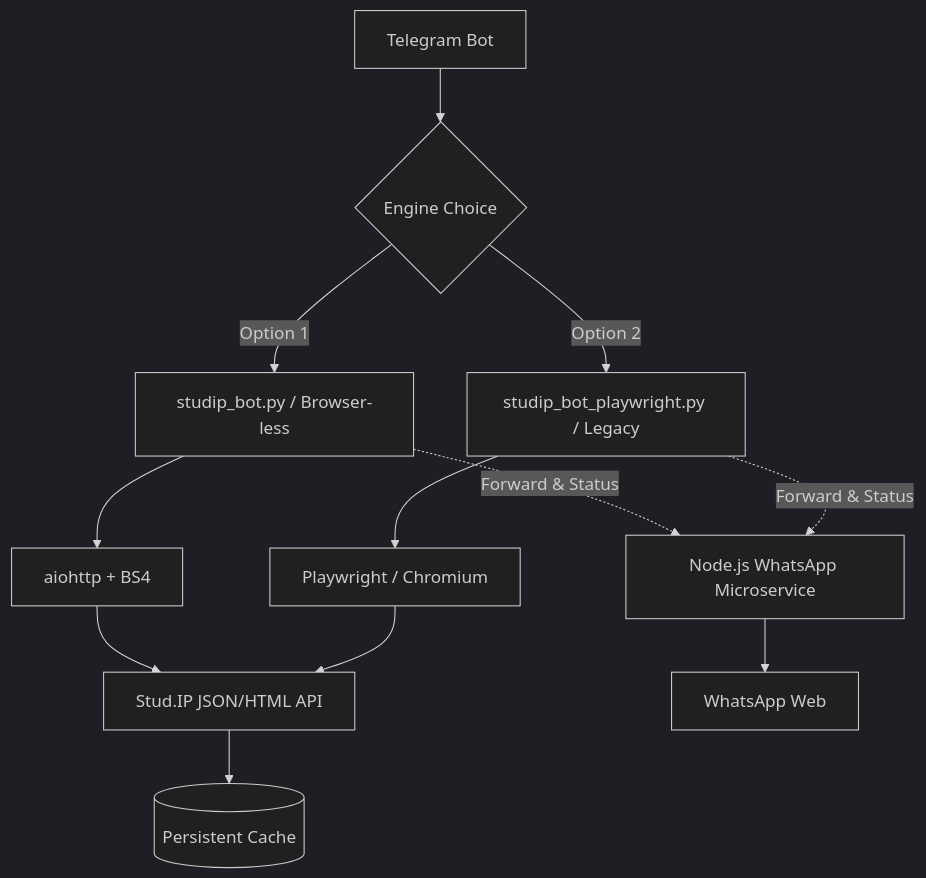
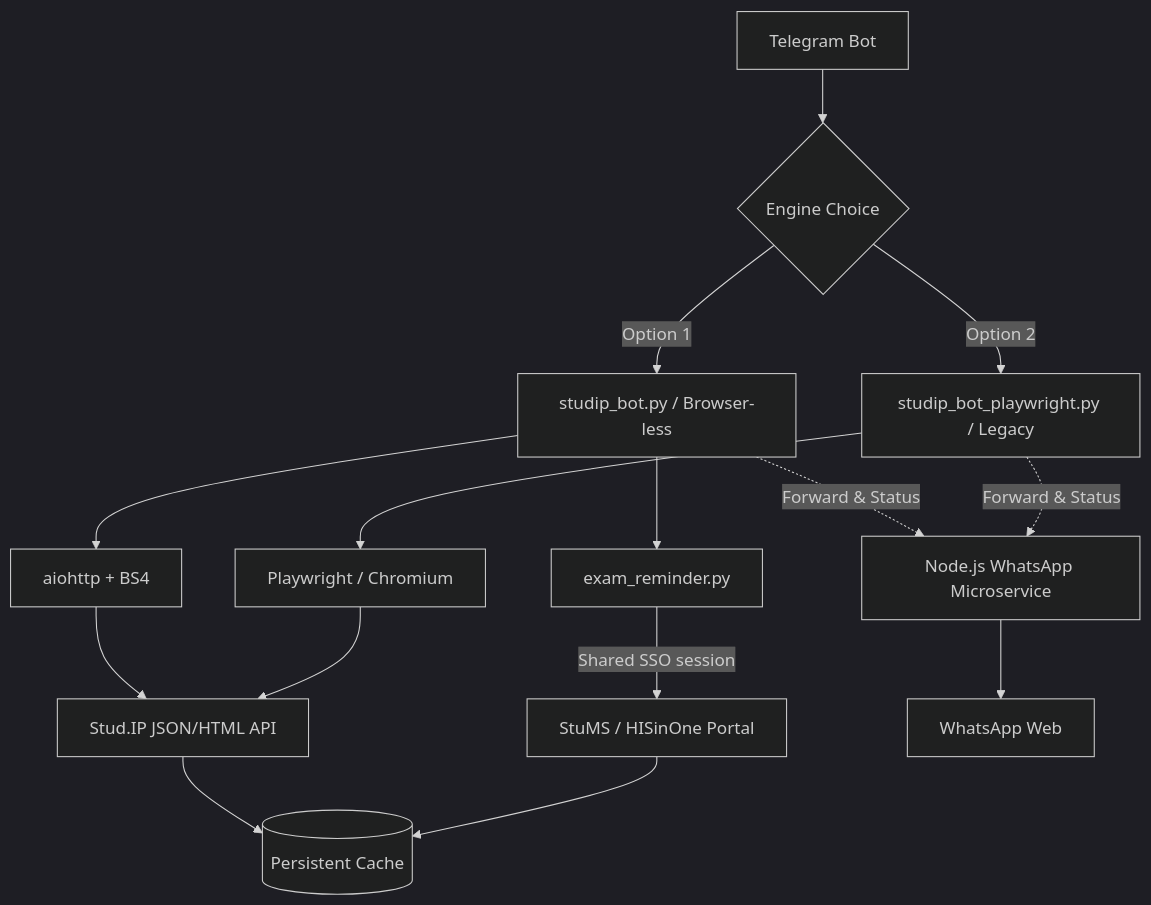
The diagram in README.md (ofurkancoban/UniOldenburgStudyAssistantBot), drawn with Mermaid before and after one commit. The commit also changed other lines of this file and 6 other files, not shown here.

First line of the commit message:
feat: add StuMS/HISinOne exam tracking and personal tasks

````diff
--- a/README.md
+++ b/README.md
@@ -121,15 +150,18 @@
 ```mermaid
 %%{init: {'theme': 'dark'}}%%
 graph TD
     A[Telegram Bot] --> B{Engine Choice}
     B -->|Option 1| C[studip_bot.py / Browser-less]
     B -->|Option 2| D[studip_bot_playwright.py / Legacy]
     C --> E[aiohttp + BS4]
     D --> F[Playwright / Chromium]
     E --> G[Stud.IP JSON/HTML API]
     F --> G
     G --> H[(Persistent Cache)]
+    C --> K[exam_reminder.py]
+    K -->|Shared SSO session| L[StuMS / HISinOne Portal]
+    L --> H
     C -.->|Forward & Status| I[Node.js WhatsApp Microservice]
     D -.->|Forward & Status| I
     I --> J[WhatsApp Web]
 ```
````
